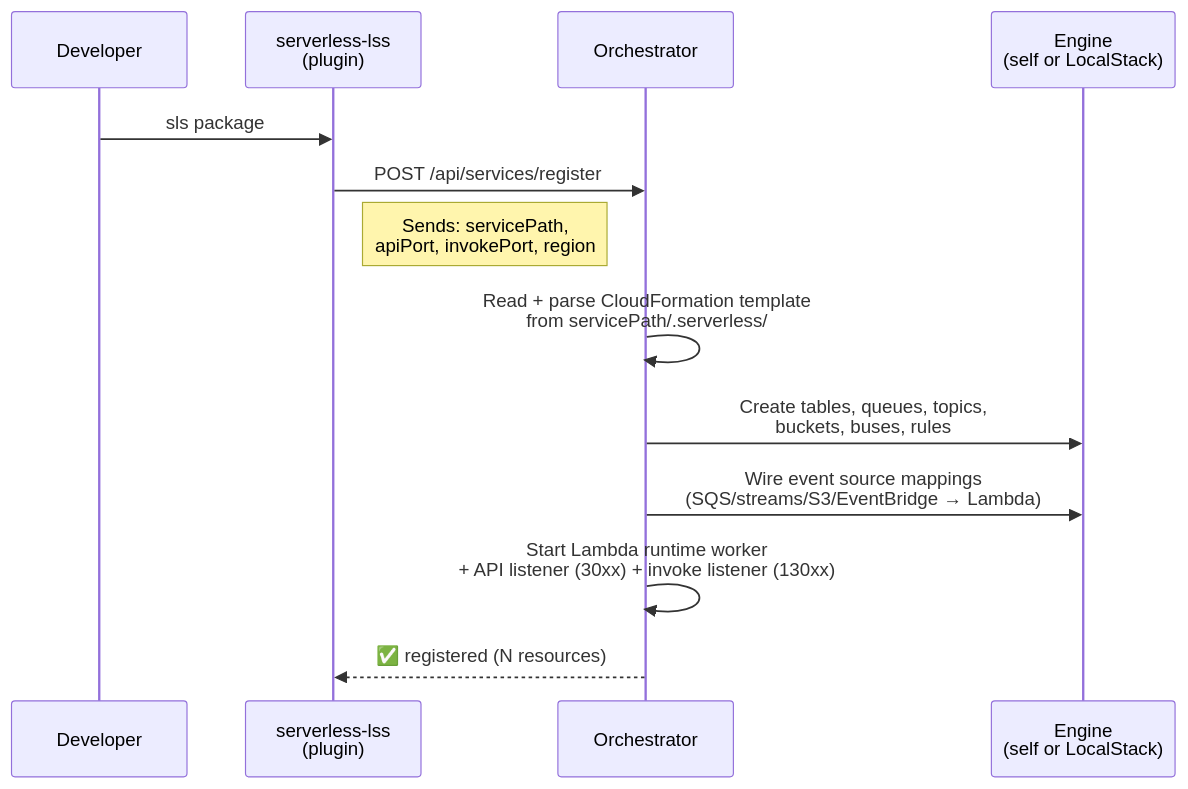
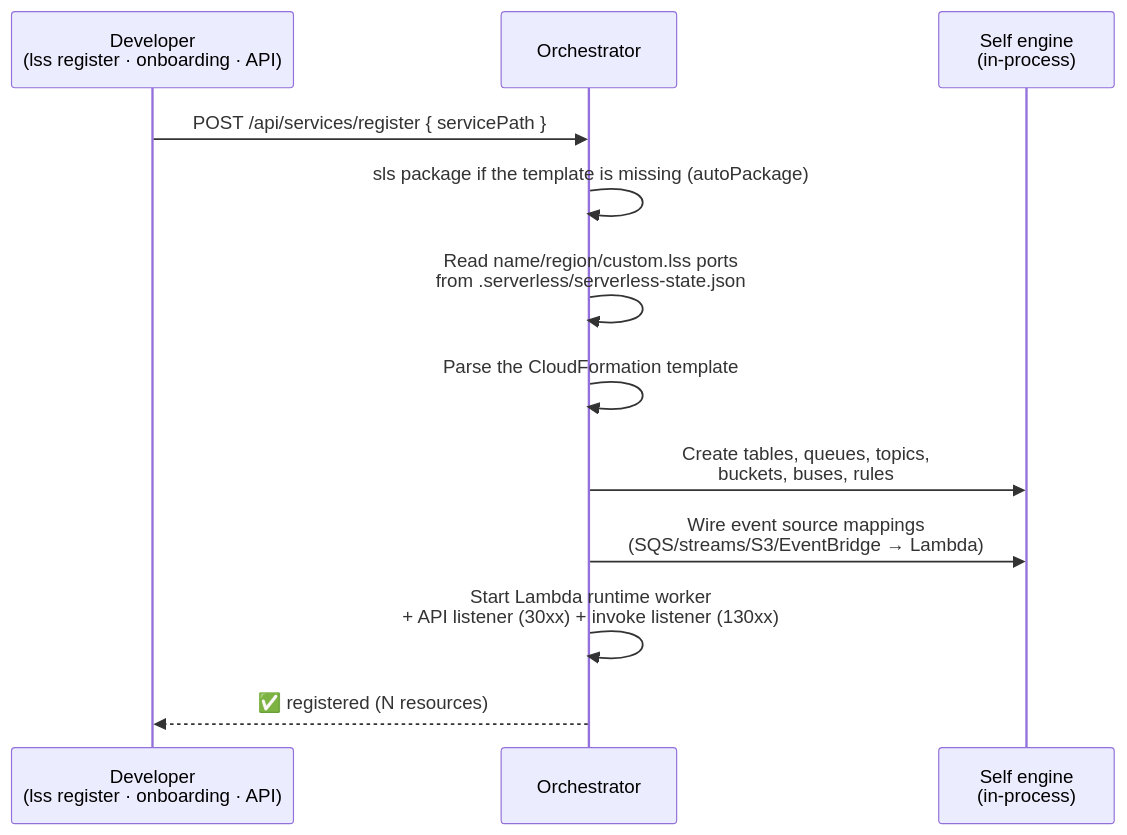
One commit to Viserion77/local-serverless-stack changed the third of 4 diagrams in README.md. Above: the diagram before and after it, drawn with Mermaid. The commit also changed other lines of this file and 294 other files, not shown here.

First line of the commit message:
feat!: v1.0.0 — the self engine is the only engine (#35)

````diff
--- a/README.md
+++ b/README.md
@@ -352,16 +1281,15 @@
 ```mermaid
 sequenceDiagram
-    participant Dev as Developer
-    participant Plugin as serverless-lss<br/>(plugin)
+    participant Dev as Developer<br/>(lss register · onboarding · API)
     participant Orch as Orchestrator
-    participant Eng as Engine<br/>(self or LocalStack)
+    participant Eng as Self engine<br/>(in-process)
 
-    Dev->>Plugin: sls package
-    Plugin->>Orch: POST /api/services/register
-    Note right of Plugin: Sends: servicePath,<br/>apiPort, invokePort, region
-    Orch->>Orch: Read + parse CloudFormation template<br/>from servicePath/.serverless/
+    Dev->>Orch: POST /api/services/register { servicePath }
+    Orch->>Orch: sls package if the template is missing (autoPackage)
+    Orch->>Orch: Read name/region/custom.lss ports<br/>from .serverless/serverless-state.json
+    Orch->>Orch: Parse the CloudFormation template
     Orch->>Eng: Create tables, queues, topics,<br/>buckets, buses, rules
     Orch->>Eng: Wire event source mappings<br/>(SQS/streams/S3/EventBridge → Lambda)
     Orch->>Orch: Start Lambda runtime worker<br/>+ API listener (30xx) + invoke listener (130xx)
-    Orch-->>Plugin: ✅ registered (N resources)
+    Orch-->>Dev: ✅ registered (N resources)
 ```
````
